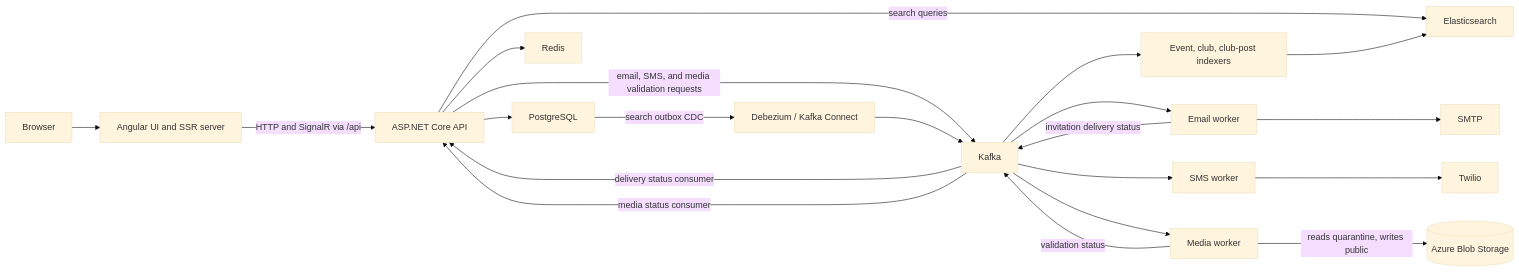
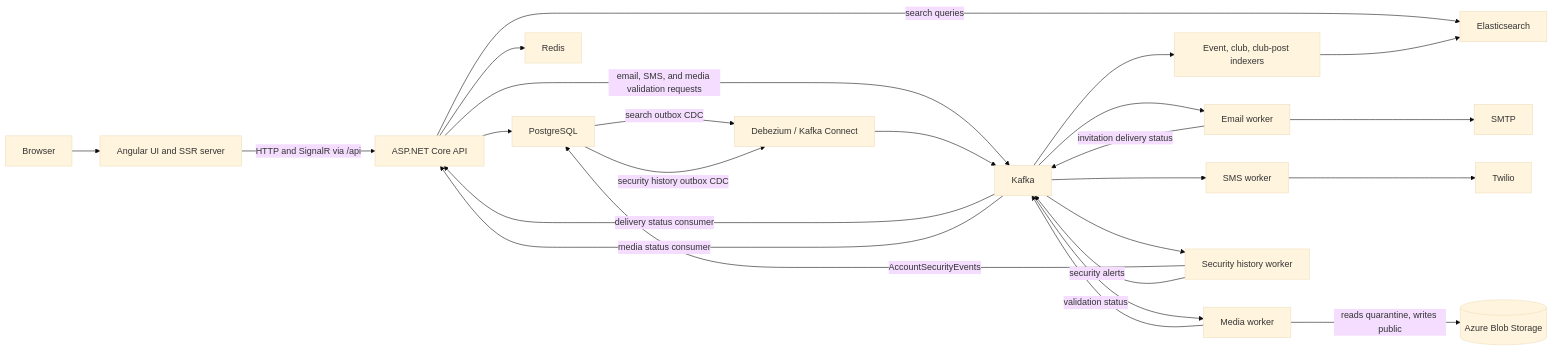
One commit to thomastran117x/Elevate changed the first of 2 diagrams in docs/ARCHITECTURE.md. Above: the diagram before and after it, drawn with Mermaid (base theme). The commit also changed other lines of this file and 115 other files, not shown here.

First line of the commit message:
Add account security history, alerts, and 90-day retention (#326) (#363)

````diff
--- a/docs/ARCHITECTURE.md
+++ b/docs/ARCHITECTURE.md
@@ -5,23 +5,27 @@
 ```mermaid
 flowchart LR
     Browser --> Angular[Angular UI and SSR server]
     Angular -->|HTTP and SignalR via /api| API[ASP.NET Core API]
     API --> PostgreSQL
     API --> Redis
     API -->|search queries| Elasticsearch
     API -->|email, SMS, and media validation requests| Kafka
     PostgreSQL -->|search outbox CDC| Connect[Debezium / Kafka Connect]
     Connect --> Kafka
     Kafka --> Indexers[Event, club, club-post indexers]
     Indexers --> Elasticsearch
     Kafka --> Email[Email worker]
     Email --> SMTP
     Email -->|invitation delivery status| Kafka
     Kafka -->|delivery status consumer| API
     Kafka --> SMS[SMS worker]
     SMS --> Twilio
     Kafka --> Media[Media worker]
     Media -->|reads quarantine, writes public| Blob[(Azure Blob Storage)]
     Media -->|validation status| Kafka
     Kafka -->|media status consumer| API
+    PostgreSQL -->|security history outbox CDC| Connect
+    Kafka --> History[Security history worker]
+    History -->|AccountSecurityEvents| PostgreSQL
+    History -->|security alerts| Kafka
 ```
````
